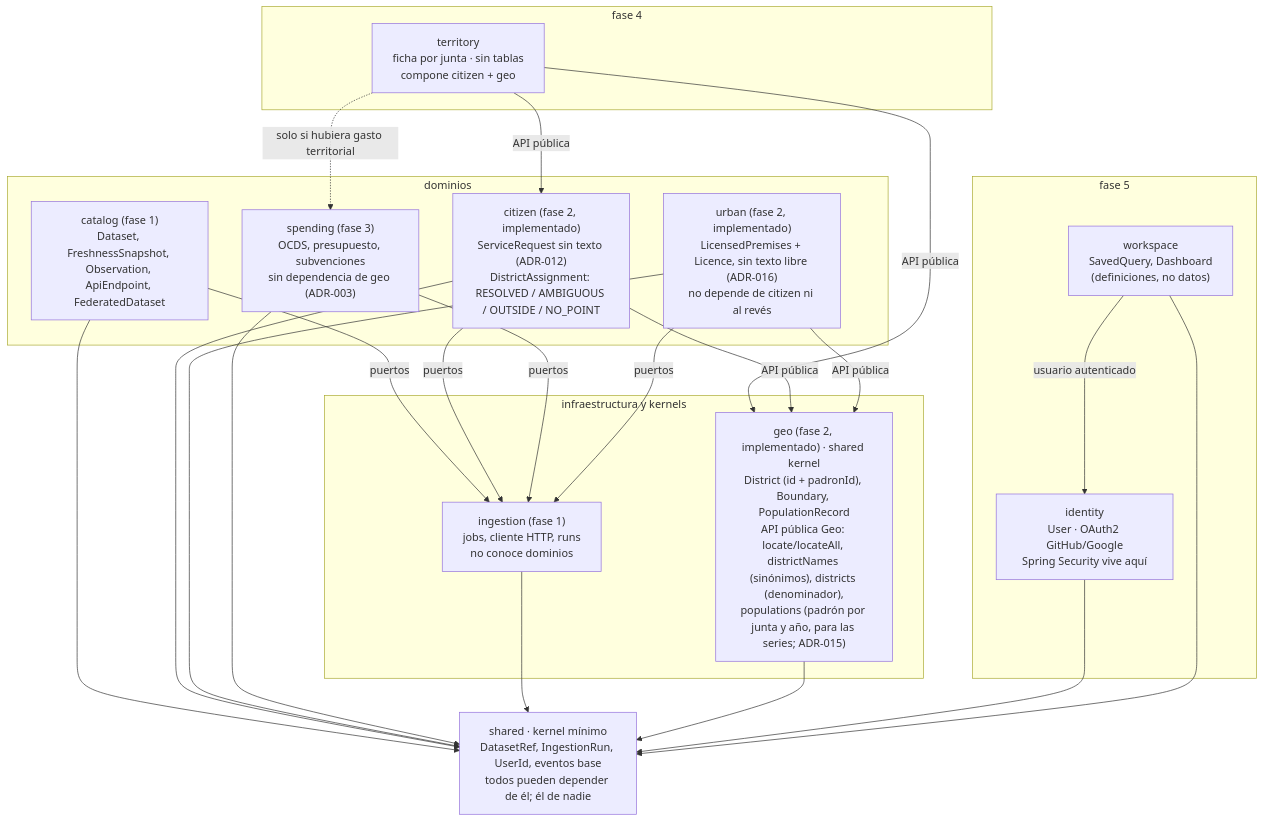
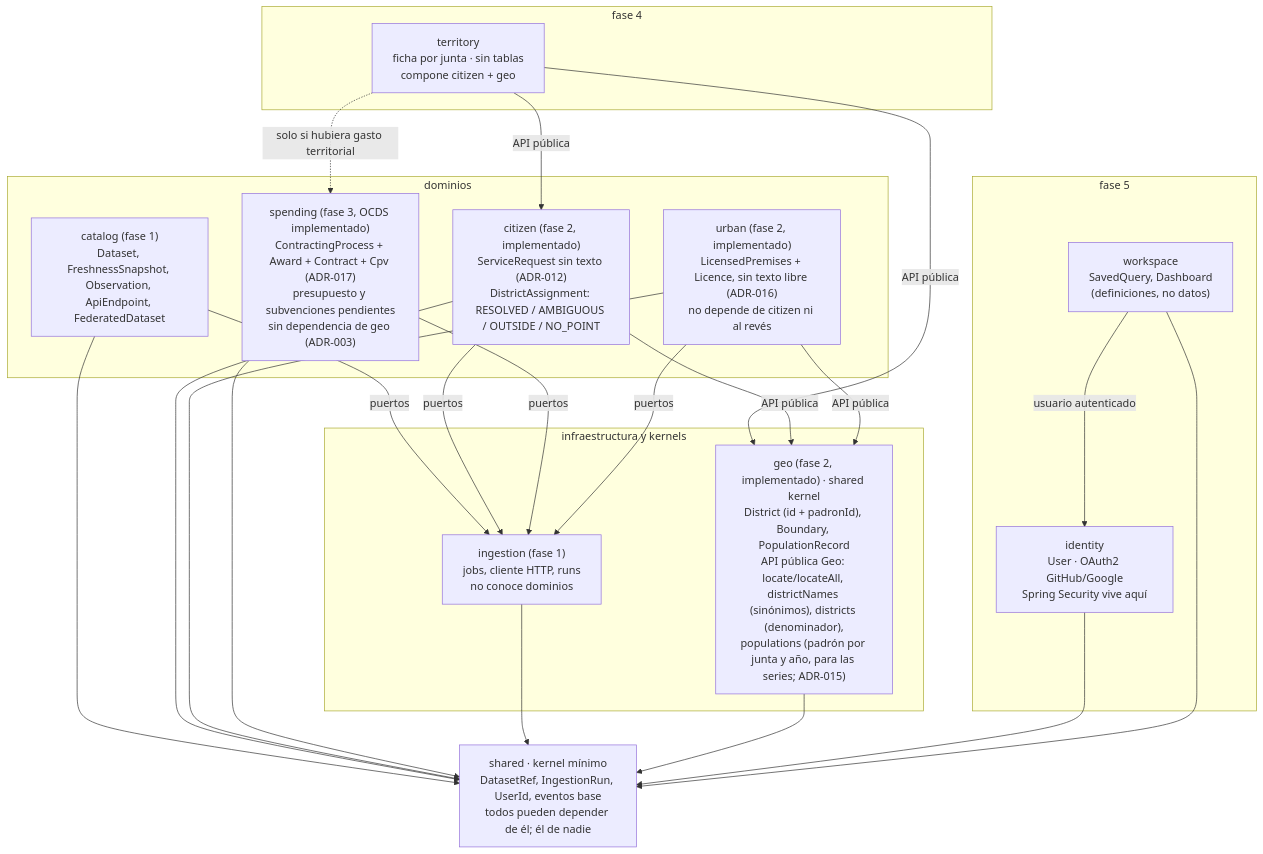
The second of 3 diagrams in docs/arquitectura.md (MarioNaya/zaragoza-observatorio), drawn with Mermaid before and after one commit. The commit also changed other lines of this file and 54 other files, not shown here.

First line of the commit message:
feat(spending): la contratación pública OCDS, primera fuente de la fase 3 (S3.1, ADR-017)

````diff
--- a/docs/arquitectura.md
+++ b/docs/arquitectura.md
@@ -75,33 +77,33 @@
 ```mermaid
 flowchart TB
   subgraph F5["fase 5"]
     WS["workspace<br/>SavedQuery, Dashboard<br/>(definiciones, no datos)"]
     ID["identity<br/>User · OAuth2 GitHub/Google<br/>Spring Security vive aquí"]
   end
   subgraph F4["fase 4"]
     TER["territory<br/>ficha por junta · sin tablas<br/>compone citizen + geo"]
   end
   subgraph DOM["dominios"]
     CATM["catalog (fase 1)<br/>Dataset, FreshnessSnapshot, Observation, ApiEndpoint, FederatedDataset"]
     CIT["citizen (fase 2, implementado)<br/>ServiceRequest sin texto (ADR-012)<br/>DistrictAssignment: RESOLVED / AMBIGUOUS / OUTSIDE / NO_POINT"]
     URB["urban (fase 2, implementado)<br/>LicensedPremises + Licence, sin texto libre (ADR-016)<br/>no depende de citizen ni al revés"]
-    SPE["spending (fase 3)<br/>OCDS, presupuesto, subvenciones<br/>sin dependencia de geo (ADR-003)"]
+    SPE["spending (fase 3, OCDS implementado)<br/>ContractingProcess + Award + Contract + Cpv (ADR-017)<br/>presupuesto y subvenciones pendientes<br/>sin dependencia de geo (ADR-003)"]
   end
   subgraph INFRA["infraestructura y kernels"]
     INGM["ingestion (fase 1)<br/>jobs, cliente HTTP, runs<br/>no conoce dominios"]
     GEO["geo (fase 2, implementado) · shared kernel<br/>District (id + padronId), Boundary, PopulationRecord<br/>API pública Geo: locate/locateAll, districtNames (sinónimos), districts (denominador),<br/>populations (padrón por junta y año, para las series; ADR-015)"]
   end
   SH["shared · kernel mínimo<br/>DatasetRef, IngestionRun, UserId, eventos base<br/>todos pueden depender de él; él de nadie"]
 
   WS -- "usuario autenticado" --> ID
   TER -- "API pública" --> CIT
   TER -- "API pública" --> GEO
   TER -. "solo si hubiera gasto territorial" .-> SPE
   CATM -- "puertos" --> INGM
   CIT -- "puertos" --> INGM
   SPE -- "puertos" --> INGM
   URB -- "puertos" --> INGM
   CIT -- "API pública" --> GEO
   URB -- "API pública" --> GEO
   CATM & CIT & URB & SPE & INGM & GEO & ID & WS --> SH
 ```
````
